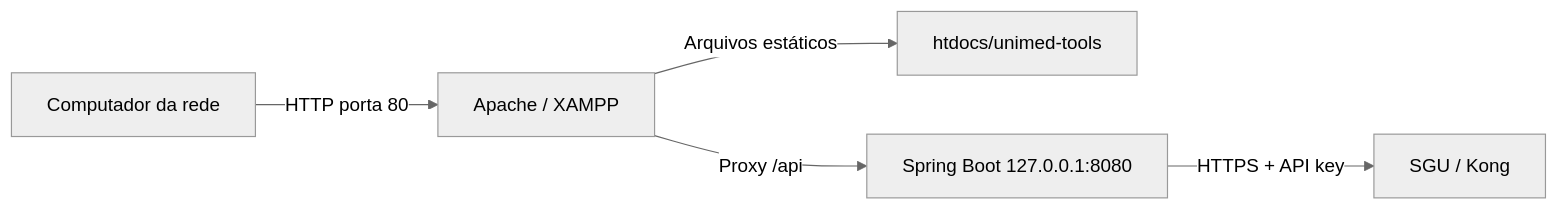
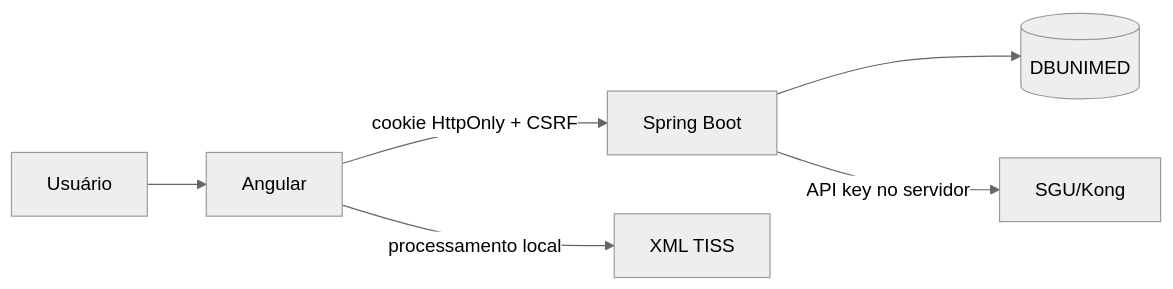
Before and after one commit to HeitorLeite/Unimed-Tools: the diagram in docs/ARQUITETURA.md, drawn with Mermaid (neutral theme). The commit also changed other lines of this file and 104 other files, not shown here.

Commit message:
refactor: Nova experiência do Unimed Tools

````diff
--- a/docs/ARQUITETURA.md
+++ b/docs/ARQUITETURA.md
@@ -355,7 +12,8 @@
 ```mermaid
 flowchart LR
-    U[Computador da rede] -->|HTTP porta 80| A[Apache / XAMPP]
-    A -->|Arquivos estáticos| F[htdocs/unimed-tools]
-    A -->|Proxy /api| B[Spring Boot 127.0.0.1:8080]
-    B -->|HTTPS + API key| S[SGU / Kong]
+  U[Usuário] --> A[Angular]
+  A -->|cookie HttpOnly + CSRF| B[Spring Boot]
+  B --> DB[(DBUNIMED)]
+  B -->|API key no servidor| SGU[SGU/Kong]
+  A -->|processamento local| XML[XML TISS]
 ```
````
